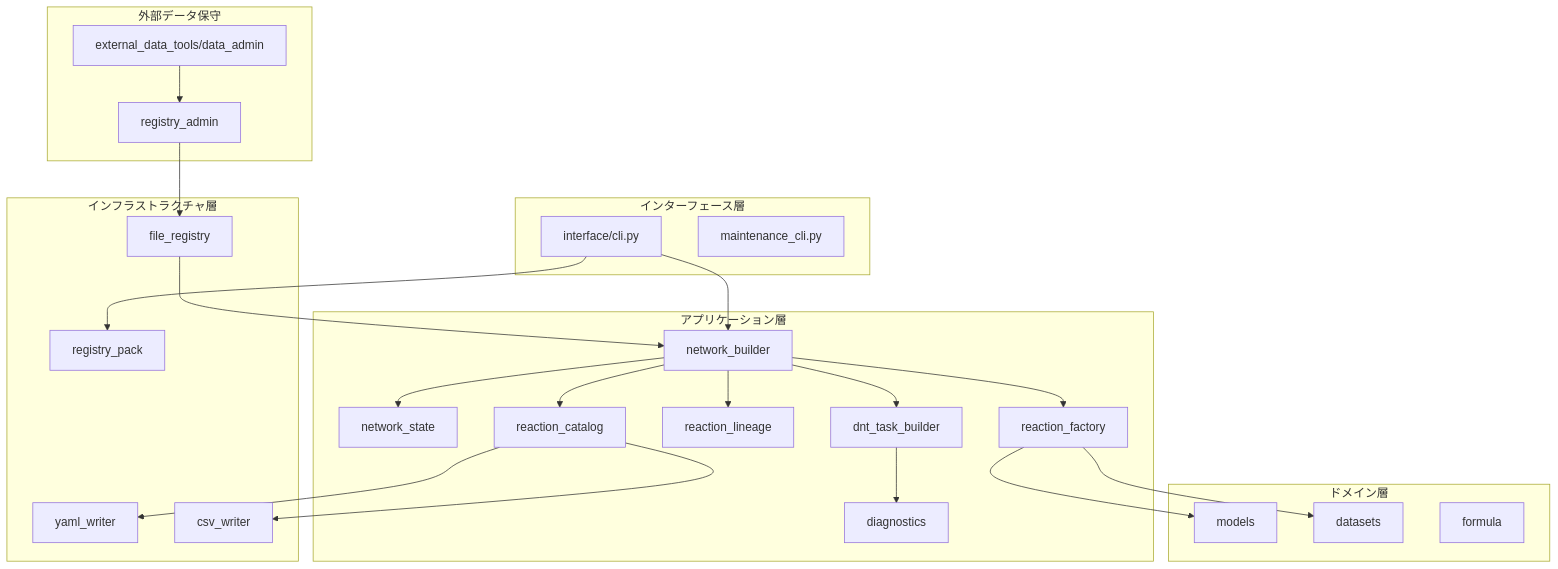
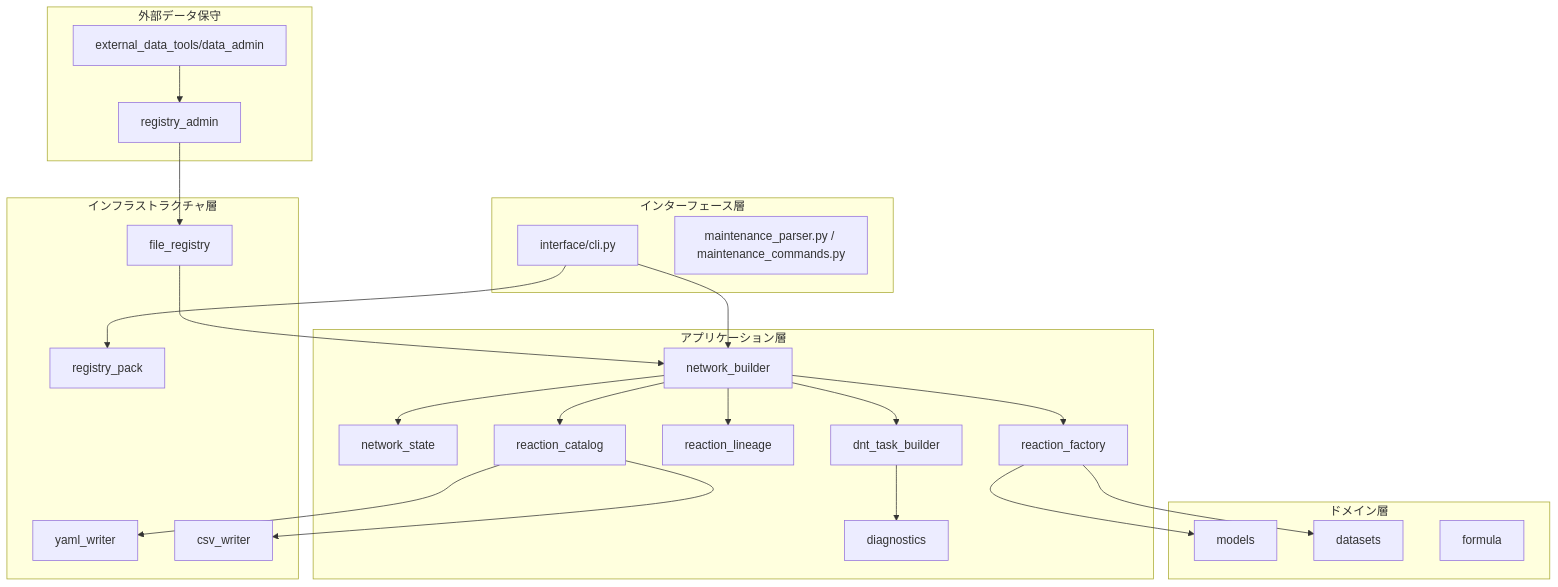
Before and after one commit to dkawa2523/react_gen: the third of 7 diagrams in docs/plasma_reactgen_technical_report.md, drawn with Mermaid. The commit also changed other lines of this file and 217 other files, not shown here.

Commit message:
Simplify architecture and add quality gates

````diff
--- a/docs/plasma_reactgen_technical_report.md
+++ b/docs/plasma_reactgen_technical_report.md
@@ -456,47 +456,47 @@
 ```mermaid
 flowchart TB
     subgraph Interface[インターフェース層]
       CLI[interface/cli.py]
-      MCLI[maintenance_cli.py]
+      MCLI[maintenance_parser.py / maintenance_commands.py]
     end
     subgraph Application[アプリケーション層]
       NB[network_builder]
       NS[network_state]
       RF[reaction_factory]
       RL[reaction_lineage]
       RC[reaction_catalog]
       DT[dnt_task_builder]
       DG[diagnostics]
     end
     subgraph Domain[ドメイン層]
       DM[models]
       DS[datasets]
       FM[formula]
     end
     subgraph Infrastructure[インフラストラクチャ層]
       FR[file_registry]
       RP[registry_pack]
       YW[yaml_writer]
       CW[csv_writer]
     end
     subgraph ExternalMaintenance[外部データ保守]
       DA[external_data_tools/data_admin]
       RA[registry_admin]
     end
 
     CLI --> NB
     CLI --> RP
     NB --> NS
     NB --> RF
     NB --> RL
     RF --> DM
     RF --> DS
     FR --> NB
     NB --> RC
     RC --> YW
     RC --> CW
     NB --> DT
     DT --> DG
     DA --> RA
     RA --> FR
 ```
````
